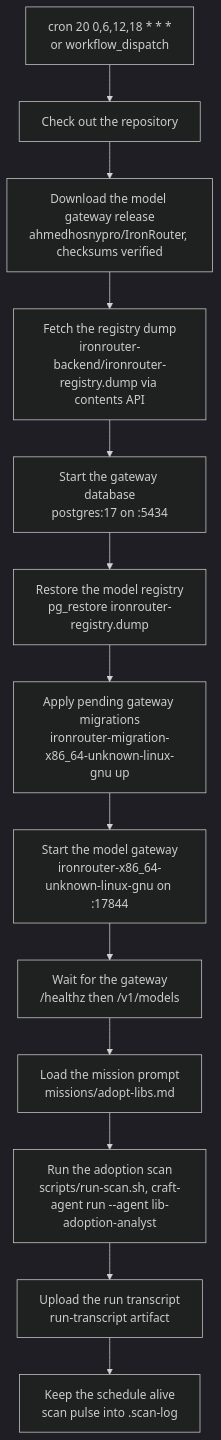
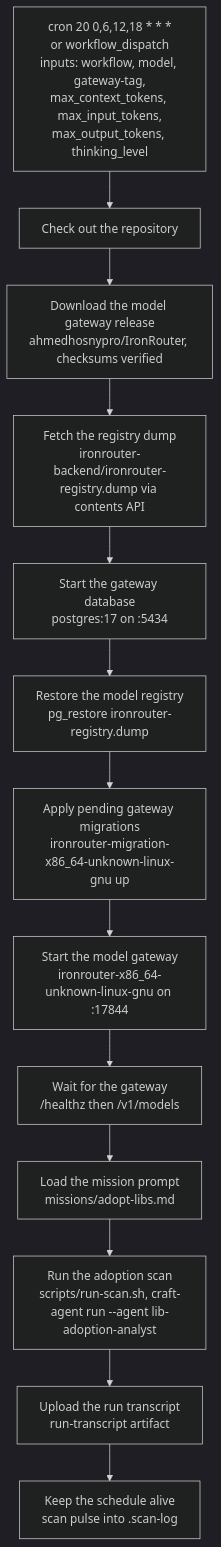
The first of 12 diagrams in docs/workflow-diagrams.md (ahmedhosnypro/craft-libs-adoption), drawn with Mermaid (dark theme) before and after one commit. The commit also changed other lines of this file and 2 other files, not shown here.

````diff
--- a/docs/workflow-diagrams.md
+++ b/docs/workflow-diagrams.md
@@ -40,15 +50,15 @@
 ```mermaid
 flowchart TD
-    Trigger["cron 20 0,6,12,18 * * *<br/>or workflow_dispatch"] --> Checkout["Check out the repository"]
+    Trigger["cron 20 0,6,12,18 * * *<br/>or workflow_dispatch<br/>inputs: workflow, model, gateway-tag,<br/>max_context_tokens, max_input_tokens,<br/>max_output_tokens, thinking_level"] --> Checkout["Check out the repository"]
     Checkout --> FetchGW["Download the model gateway release<br/>ahmedhosnypro/IronRouter, checksums verified"]
     FetchGW --> FetchDump["Fetch the registry dump<br/>ironrouter-backend/ironrouter-registry.dump via contents API"]
     FetchDump --> Postgres["Start the gateway database<br/>postgres:17 on :5434"]
     Postgres --> Restore["Restore the model registry<br/>pg_restore ironrouter-registry.dump"]
     Restore --> Migrate["Apply pending gateway migrations<br/>ironrouter-migration-x86_64-unknown-linux-gnu up"]
     Migrate --> StartGW["Start the model gateway<br/>ironrouter-x86_64-unknown-linux-gnu on :17844"]
     StartGW --> WaitGW["Wait for the gateway<br/>/healthz then /v1/models"]
     WaitGW --> Mission["Load the mission prompt<br/>missions/adopt-libs.md"]
     Mission --> RunScan["Run the adoption scan<br/>scripts/run-scan.sh, craft-agent run --agent lib-adoption-analyst"]
     RunScan --> Transcript["Upload the run transcript<br/>run-transcript artifact"]
     Transcript --> Pulse["Keep the schedule alive<br/>scan pulse into .scan-log"]
 ```
````
